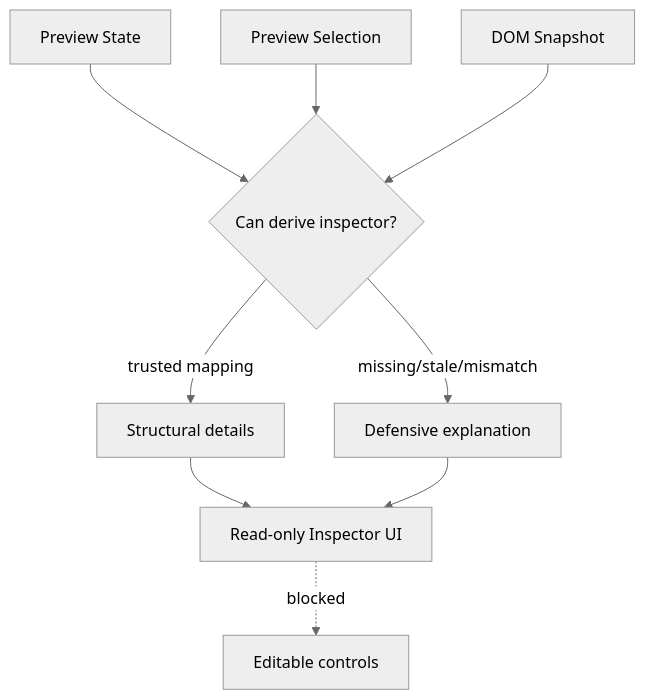
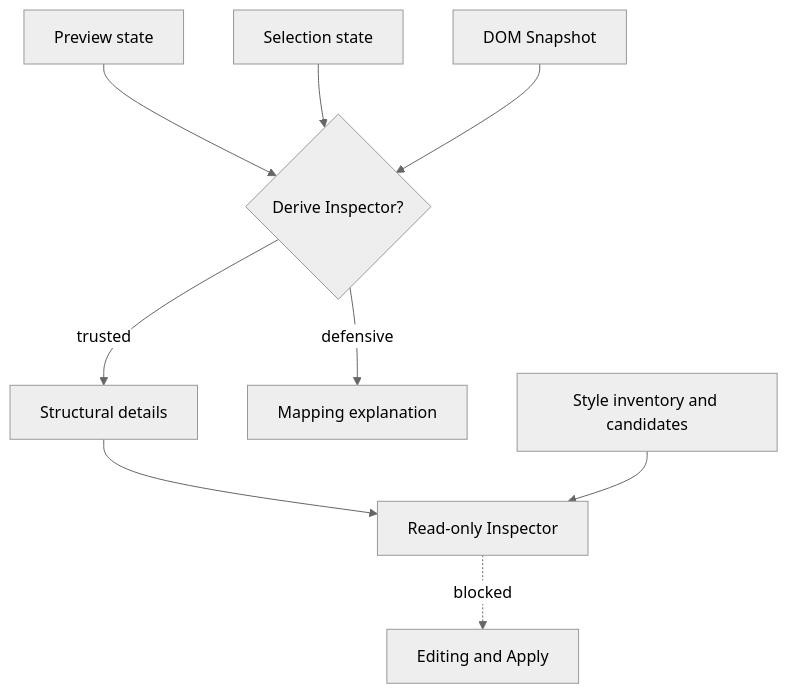
The diagram in docs/architecture/preview/preview-inspector.md (krestosa/Crystal), drawn with Mermaid (neutral theme) before and after one commit. The commit also changed other lines of this file and 60 other files, not shown here.

````diff
--- a/docs/architecture/preview/preview-inspector.md
+++ b/docs/architecture/preview/preview-inspector.md
@@ -65,11 +47,11 @@
 ```mermaid
 flowchart TD
-  Preview[Preview State] --> Selector{Can derive inspector?}
-  Selection[Preview Selection] --> Selector
-  Snapshot[DOM Snapshot] --> Selector
-  Selector -->|trusted mapping| Details[Structural details]
-  Selector -->|missing/stale/mismatch| Defensive[Defensive explanation]
-  Details --> Renderer[Read-only Inspector UI]
-  Defensive --> Renderer
-  Renderer -. blocked .-> Edit[Editable controls]
+  Preview[Preview state] --> Derive{Derive Inspector?}
+  Selection[Selection state] --> Derive
+  Snapshot[DOM Snapshot] --> Derive
+  Derive -->|trusted| Structure[Structural details]
+  Derive -->|defensive| Reason[Mapping explanation]
+  Structure --> Inspector[Read-only Inspector]
+  Styles[Style inventory and candidates] --> Inspector
+  Inspector -. blocked .-> Apply[Editing and Apply]
 ```
````
